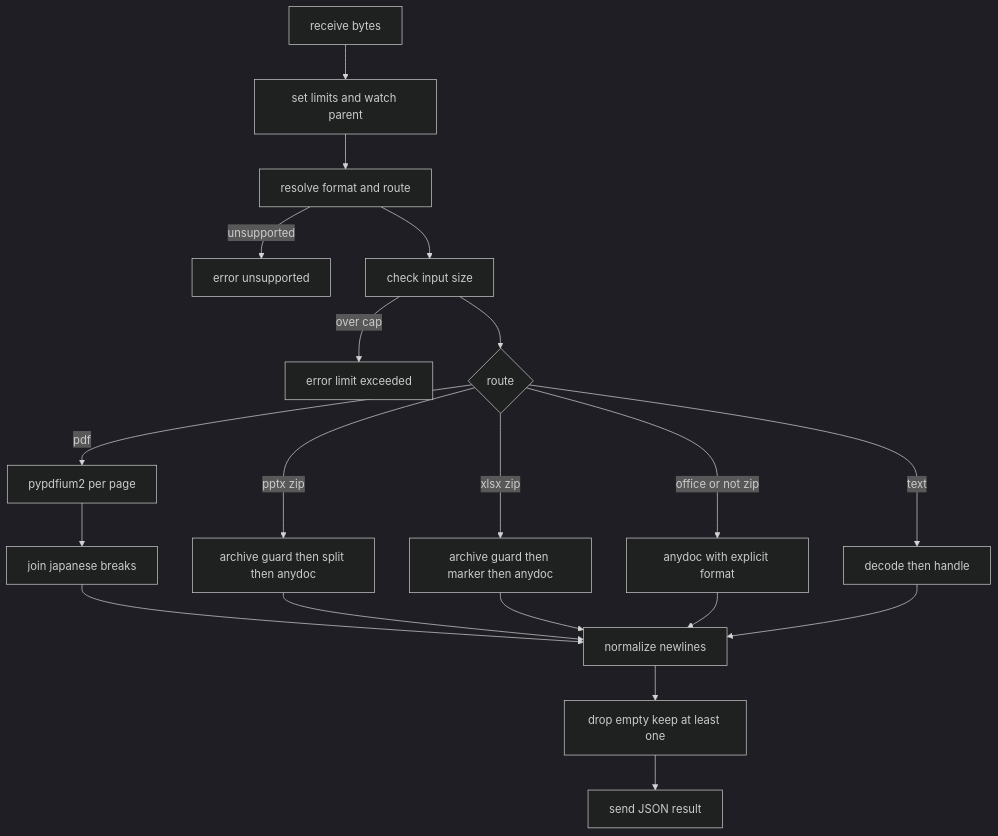
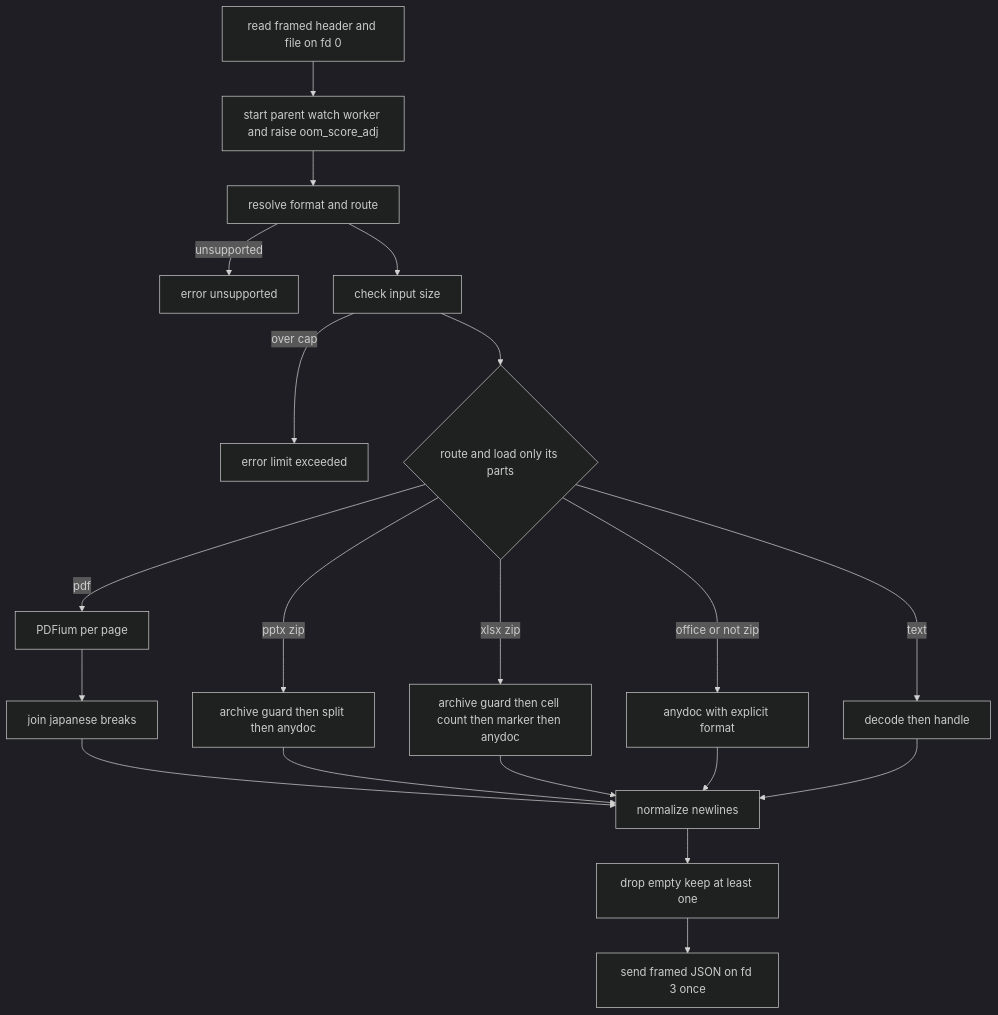
Before and after one commit to growilabs/growi: the third of 3 diagrams in .kiro/specs/attachment-search-text-extractor/design.md, drawn with Mermaid (dark theme). The commit also changed other lines of this file and 3 other files, not shown here.

````diff
--- a/.kiro/specs/attachment-search-text-extractor/design.md
+++ b/.kiro/specs/attachment-search-text-extractor/design.md
@@ -207,22 +249,22 @@
 ```mermaid
 graph TB
-    Start[receive bytes] --> Limits[set limits and watch parent]
-    Limits --> Resolve[resolve format and route]
+    Start[read framed header and file on fd 0] --> Guard[start parent watch worker and raise oom_score_adj]
+    Guard --> Resolve[resolve format and route]
     Resolve -->|unsupported| ErrUnsupported[error unsupported]
     Resolve --> Size[check input size]
     Size -->|over cap| ErrLimit[error limit exceeded]
-    Size --> Route{route}
-    Route -->|pdf| PdfPath[pypdfium2 per page]
+    Size --> Route{route and load only its parts}
+    Route -->|pdf| PdfPath[PDFium per page]
     Route -->|pptx zip| PptxPath[archive guard then split then anydoc]
-    Route -->|xlsx zip| XlsxPath[archive guard then marker then anydoc]
+    Route -->|xlsx zip| XlsxPath[archive guard then cell count then marker then anydoc]
     Route -->|office or not zip| OfficePath[anydoc with explicit format]
     Route -->|text| TextPath[decode then handle]
     PdfPath --> Join[join japanese breaks]
     Join --> Norm[normalize newlines]
     PptxPath --> Norm
     XlsxPath --> Norm
     OfficePath --> Norm
     TextPath --> Norm
     Norm --> Empty[drop empty keep at least one]
-    Empty --> Send[send JSON result]
+    Empty --> Send[send framed JSON on fd 3 once]
 ```
````
